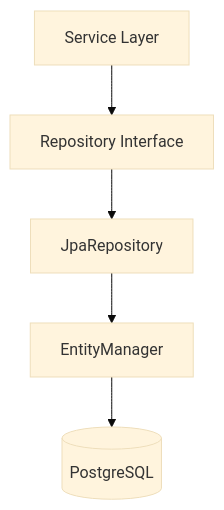
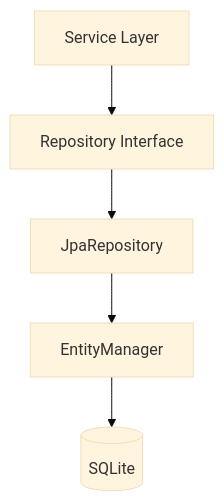
Before and after one commit to Takas0522/ws-demo-mobile-app: the third of 4 diagrams in docs/architecture/03-data-architecture.md, drawn with Mermaid (base theme). The commit also changed other lines of this file and 42 other files, not shown here.

First line of the commit message:
docs: update all PostgreSQL references to SQLite

````diff
--- a/docs/architecture/03-data-architecture.md
+++ b/docs/architecture/03-data-architecture.md
@@ -285,7 +285,7 @@
 ```mermaid
 graph TD
     Service[Service Layer] --> Repository[Repository Interface]
     Repository --> JpaRepository[JpaRepository]
     JpaRepository --> EntityManager[EntityManager]
-    EntityManager --> DB[(PostgreSQL)]
+    EntityManager --> DB[(SQLite)]
 ```
````
